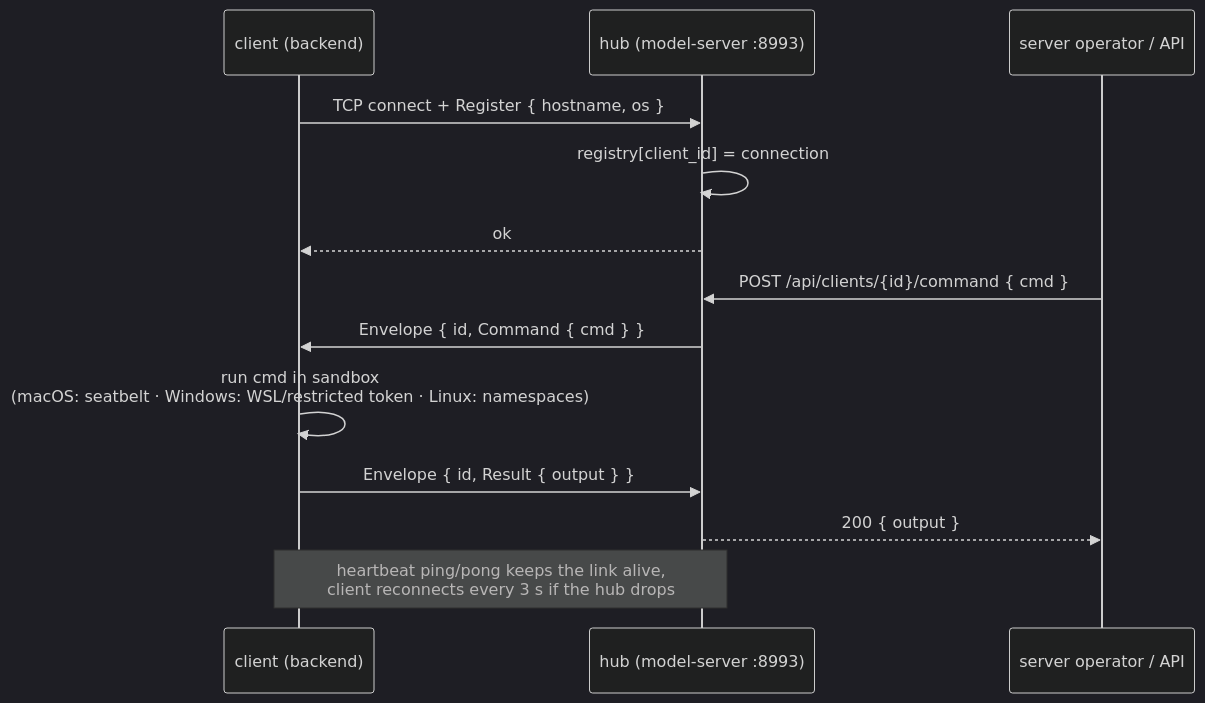
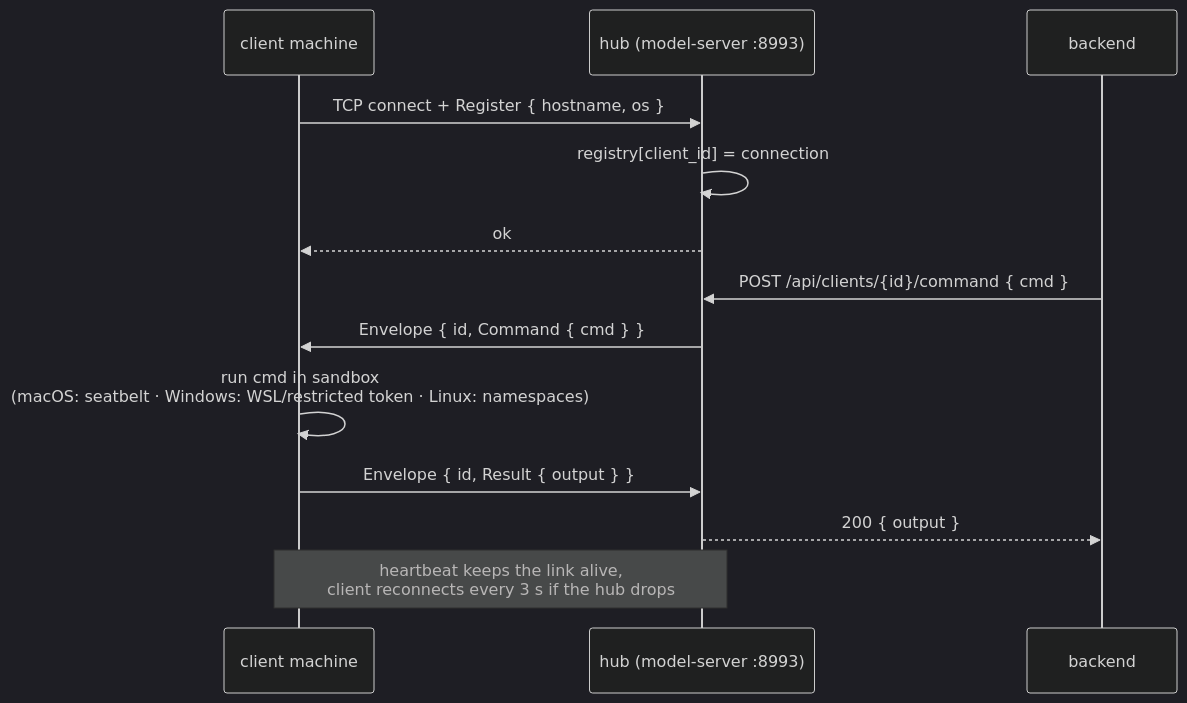
The third of 8 diagrams in docs/remote-clients.md (lidm0707/susutaku), drawn with Mermaid (dark theme) before and after one commit. The commit also changed other lines of this file and 14 other files, not shown here.

````diff
--- a/docs/remote-clients.md
+++ b/docs/remote-clients.md
@@ -44,15 +62,15 @@
 ```mermaid
 sequenceDiagram
-    participant C as client (backend)
+    participant C as client machine
     participant H as hub (model-server :8993)
-    participant S as server operator / API
+    participant B as backend
     C->>H: TCP connect + Register { hostname, os }
     H->>H: registry[client_id] = connection
     H-->>C: ok
-    S->>H: POST /api/clients/{id}/command { cmd }
+    B->>H: POST /api/clients/{id}/command { cmd }
     H->>C: Envelope { id, Command { cmd } }
     C->>C: run cmd in sandbox<br/>(macOS: seatbelt · Windows: WSL/restricted token · Linux: namespaces)
     C->>H: Envelope { id, Result { output } }
-    H-->>S: 200 { output }
-    Note over C,H: heartbeat ping/pong keeps the link alive,<br/>client reconnects every 3 s if the hub drops
+    H-->>B: 200 { output }
+    Note over C,H: heartbeat keeps the link alive,<br/>client reconnects every 3 s if the hub drops
 ```
````
